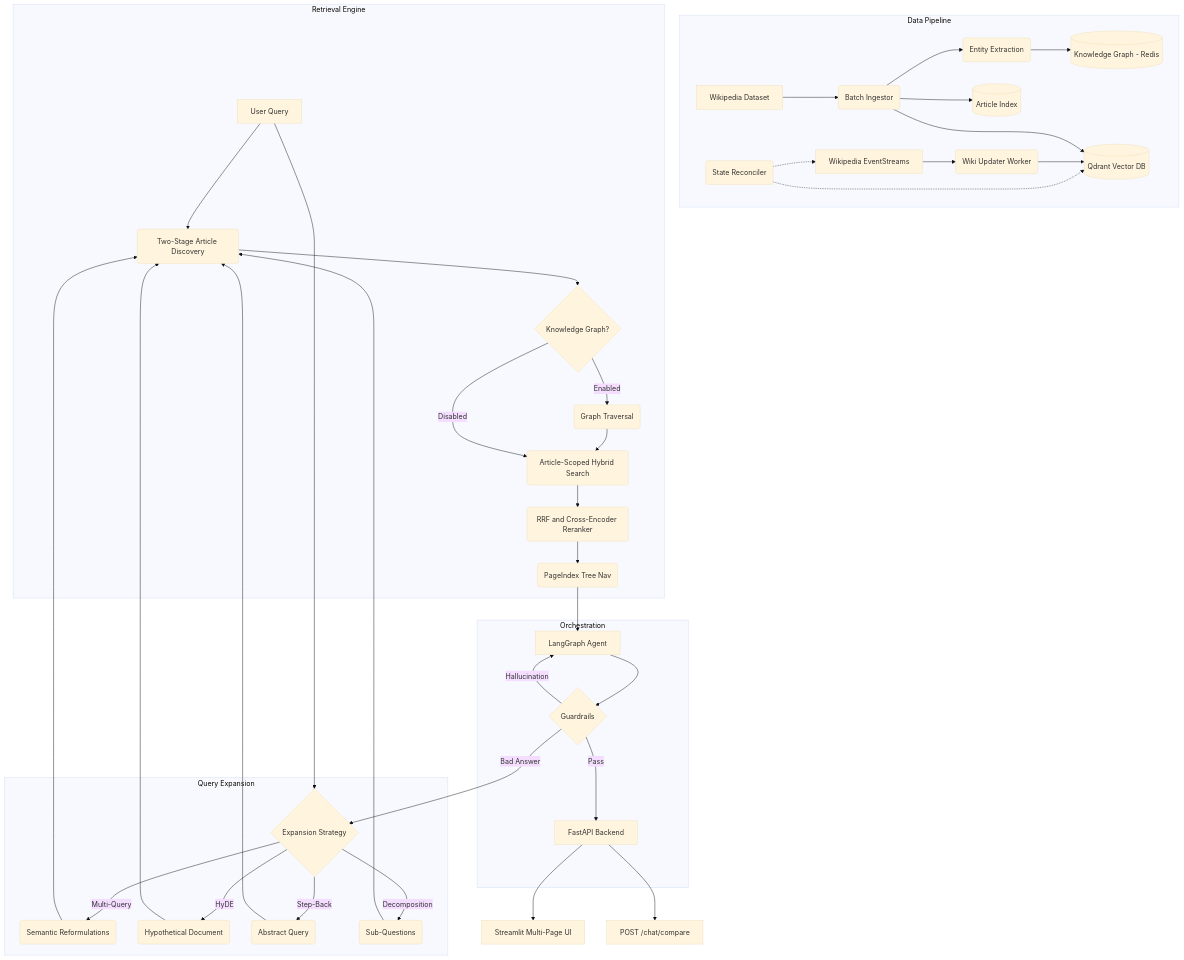
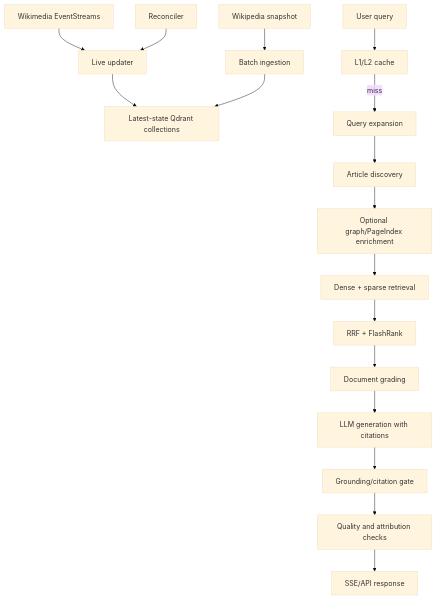
Before and after one commit to JayacharanR/WikiMind-End-to-End-Hybrid-RAG-Pipeline: the diagram in README.md, drawn with Mermaid (base theme). The commit also changed other lines of this file and 1 other file, not shown here.

````diff
--- a/README.md
+++ b/README.md
@@ -7,44 +14,19 @@
 ```mermaid
-graph TD
-    subgraph Data Pipeline
-        A[Wikipedia EventStreams] --> B(Wiki Updater Worker)
-        C[Wikipedia Dataset] --> D(Batch Ingestor)
-        B --> E[(Qdrant Vector DB)]
-        D --> E
-        D --> F[(Article Index)]
-        D --> G(Entity Extraction)
-        G --> H[(Knowledge Graph - Redis)]
-        I(State Reconciler) -.-> E
-        I -.-> A
-    end
-
-    subgraph Retrieval Engine
-        J[User Query] --> K(Two-Stage Article Discovery)
-        K --> L{Knowledge Graph?}
-        L -->|Enabled| M(Graph Traversal)
-        M --> N(Article-Scoped Hybrid Search)
-        L -->|Disabled| N
-        N --> O(RRF and Cross-Encoder Reranker)
-        O --> P(PageIndex Tree Nav)
-    end
-
-    subgraph Query Expansion
-        J --> Q{Expansion Strategy}
-        Q -->|Multi-Query| R(Semantic Reformulations)
-        Q -->|HyDE| S(Hypothetical Document)
-        Q -->|Step-Back| T(Abstract Query)
-        Q -->|Decomposition| U(Sub-Questions)
-        R & S & T & U --> K
-    end
-
-    subgraph Orchestration
-        P --> V[LangGraph Agent]
-        V --> W{Guardrails}
-        W -->|Hallucination| V
-        W -->|Bad Answer| Q
-        W -->|Pass| X[FastAPI Backend]
-    end
-
-    X --> Y[Streamlit Multi-Page UI]
-    X --> Z[POST /chat/compare]
+flowchart TD
+    A[Wikipedia snapshot] --> B[Batch ingestion]
+    C[Wikimedia EventStreams] --> D[Live updater]
+    D --> E[Latest-state Qdrant collections]
+    B --> E
+    F[Reconciler] --> D
+    G[User query] --> H[L1/L2 cache]
+    H -->|miss| I[Query expansion]
+    I --> J[Article discovery]
+    J --> K[Optional graph/PageIndex enrichment]
+    K --> L[Dense + sparse retrieval]
+    L --> M[RRF + FlashRank]
+    M --> N[Document grading]
+    N --> O[LLM generation with citations]
+    O --> P[Grounding/citation gate]
+    P --> Q[Quality and attribution checks]
+    Q --> R[SSE/API response]
 ```
````
